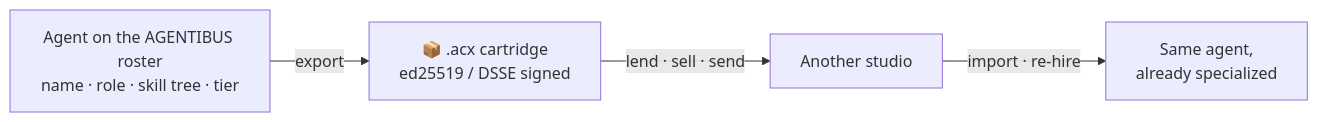
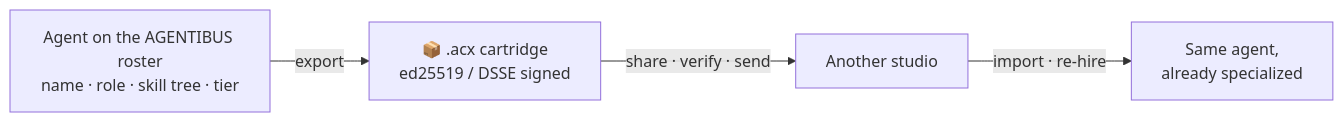
The second of 2 diagrams in docs-site/docs/concepts/studio.md (lboel/acx), drawn with Mermaid before and after one commit. The commit also changed other lines of this file and 108 other files, not shown here.

````diff
--- a/docs-site/docs/concepts/studio.md
+++ b/docs-site/docs/concepts/studio.md
@@ -115,6 +118,6 @@
 ```mermaid
 flowchart LR
   A["Agent on the AGENTIBUS roster<br/>name · role · skill tree · tier"] -->|export| B["📦 .acx cartridge<br/>ed25519 / DSSE signed"]
-  B -->|lend · sell · send| C["Another studio"]
+  B -->|share · verify · send| C["Another studio"]
   C -->|import · re-hire| D["Same agent,<br/>already specialized"]
 ```
````
